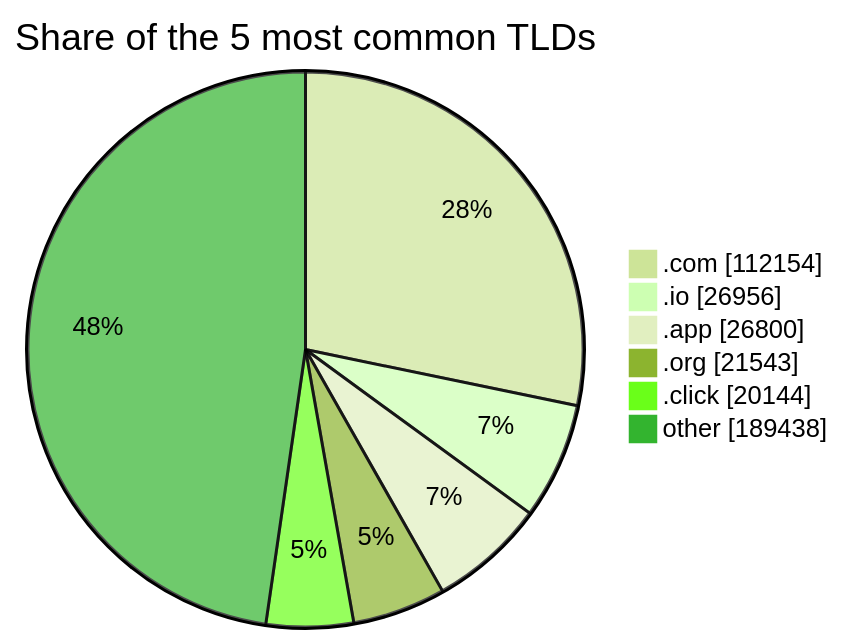
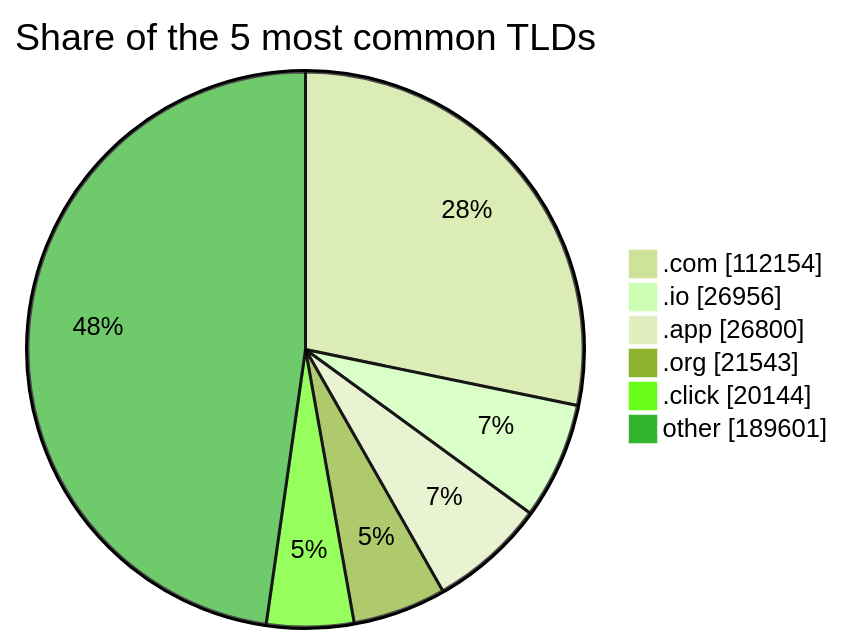
Before and after one commit to DNSBunker/CTI: the third of 3 diagrams in README.md, drawn with Mermaid (forest theme). The commit also changed other lines of this file and 3 other files, not shown here.

````diff
--- a/README.md
+++ b/README.md
@@ -81,9 +81,9 @@
 ```mermaid
 pie showData title Share of the 5 most common TLDs
     ".com" : 112154
     ".io" : 26956
     ".app" : 26800
     ".org" : 21543
     ".click" : 20144
-    "other" : 189438
+    "other" : 189601
 ```
````
